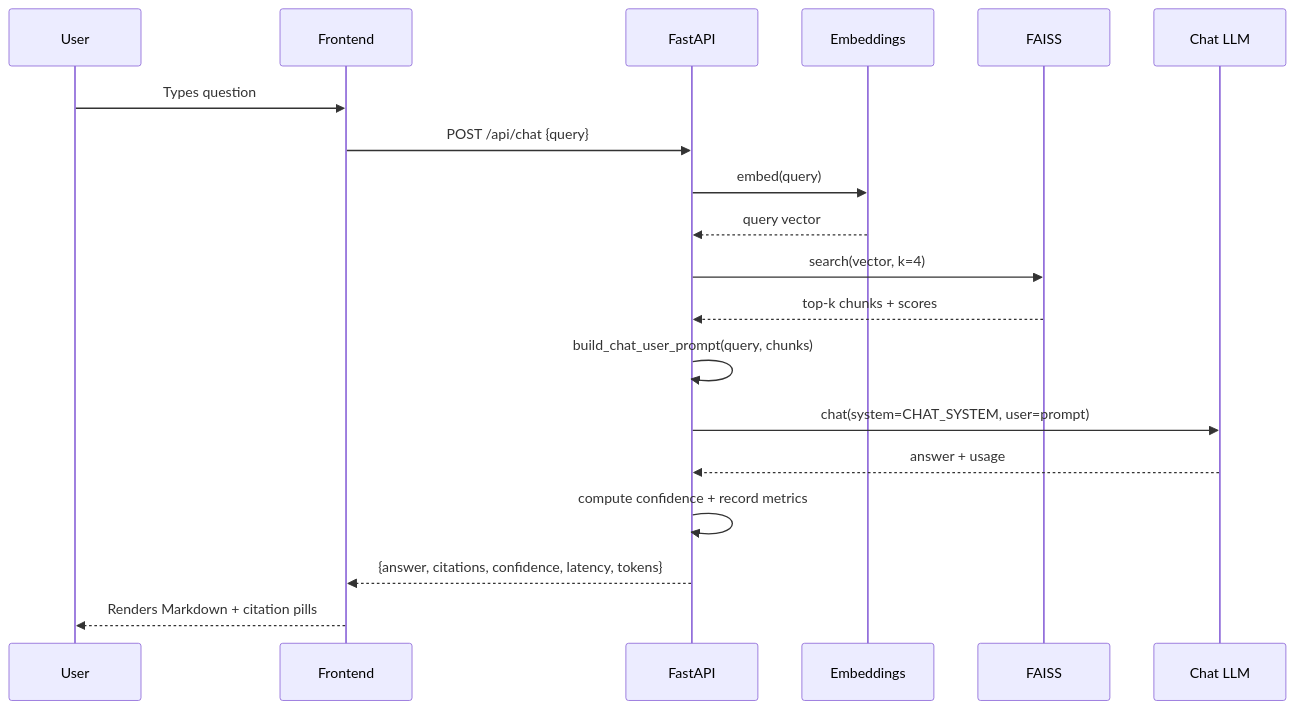
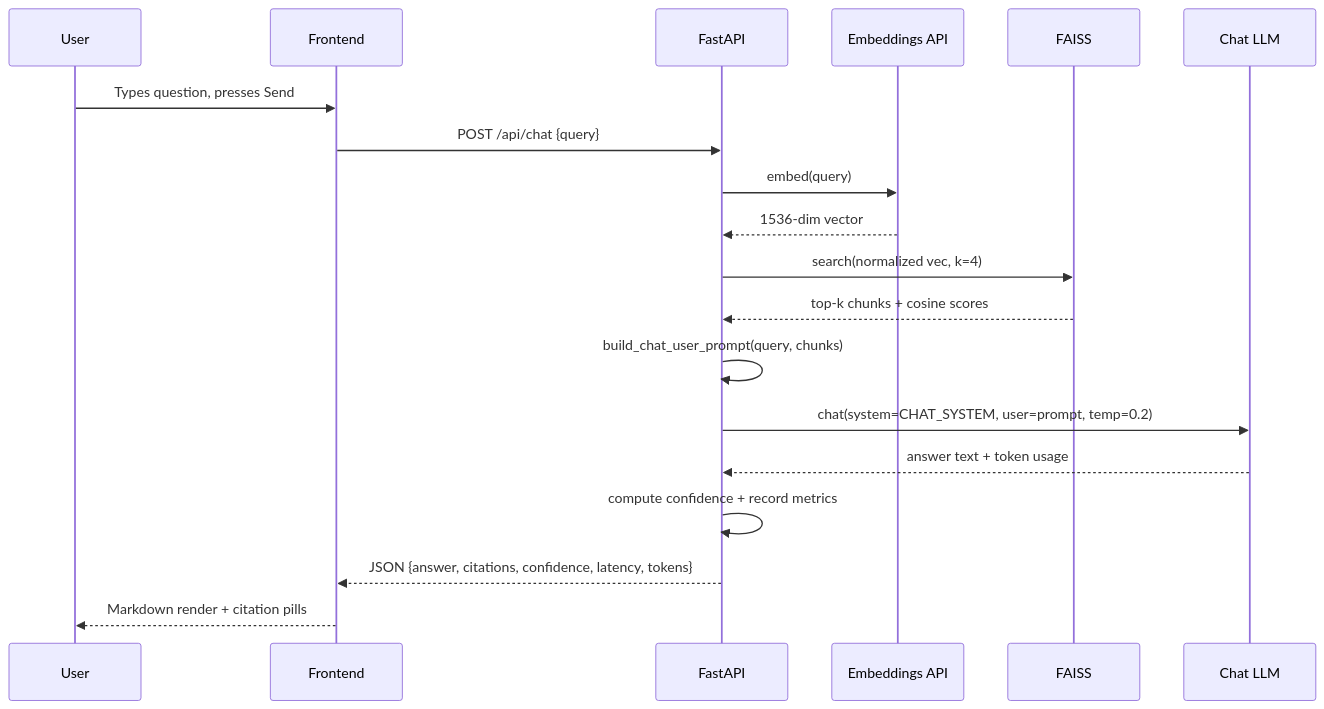
Before and after one commit to psshukla02/documind: the second of 4 diagrams in docs/architecture.md, drawn with Mermaid. The commit also changed other lines of this file and 12 other files, not shown here.

````diff
--- a/docs/architecture.md
+++ b/docs/architecture.md
@@ -39,22 +46,22 @@
 ```mermaid
 sequenceDiagram
     participant U as User
     participant F as Frontend
     participant B as FastAPI
-    participant E as Embeddings
+    participant E as Embeddings API
     participant V as FAISS
     participant L as Chat LLM
 
-    U->>F: Types question
+    U->>F: Types question, presses Send
     F->>B: POST /api/chat {query}
     B->>E: embed(query)
-    E-->>B: query vector
-    B->>V: search(vector, k=4)
-    V-->>B: top-k chunks + scores
+    E-->>B: 1536-dim vector
+    B->>V: search(normalized vec, k=4)
+    V-->>B: top-k chunks + cosine scores
     B->>B: build_chat_user_prompt(query, chunks)
-    B->>L: chat(system=CHAT_SYSTEM, user=prompt)
-    L-->>B: answer + usage
+    B->>L: chat(system=CHAT_SYSTEM, user=prompt, temp=0.2)
+    L-->>B: answer text + token usage
     B->>B: compute confidence + record metrics
-    B-->>F: {answer, citations, confidence, latency, tokens}
-    F-->>U: Renders Markdown + citation pills
+    B-->>F: JSON {answer, citations, confidence, latency, tokens}
+    F-->>U: Markdown render + citation pills
 ```
````
